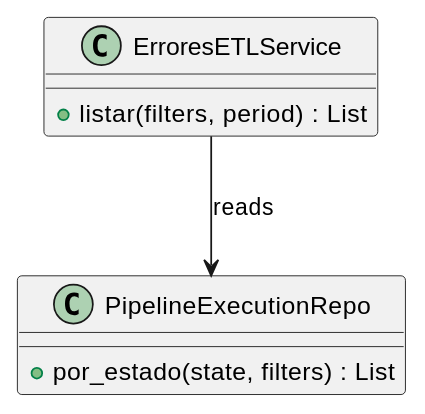
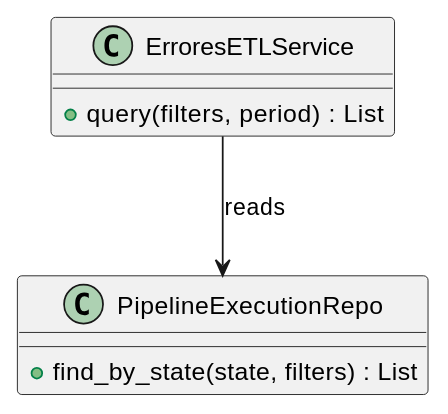
The diagram in source/requisitos/casos-uso/pipeline/uc-pip-02/diagramas-uml/diagrama-de-clases.rst (jcg-admin/IACT-docs), drawn with PlantUML before and after one commit. The commit also changed 7 other files, not shown here.

```diff
--- a/source/requisitos/casos-uso/pipeline/uc-pip-02/diagramas-uml/diagrama-de-clases.rst
+++ b/source/requisitos/casos-uso/pipeline/uc-pip-02/diagramas-uml/diagrama-de-clases.rst
@@ -6,16 +6,16 @@
 .. uml::
  :caption: UC_PIP_02 — clases.
 
  @startuml
 
  class ErroresETLService {
-   + listar(filters, period) : List
+   + query(filters, period) : List
  }
 
  class PipelineExecutionRepo {
-   + por_estado(state, filters) : List
+   + find_by_state(state, filters) : List
  }
 
  ErroresETLService --> PipelineExecutionRepo : reads
 
  @enduml
```
